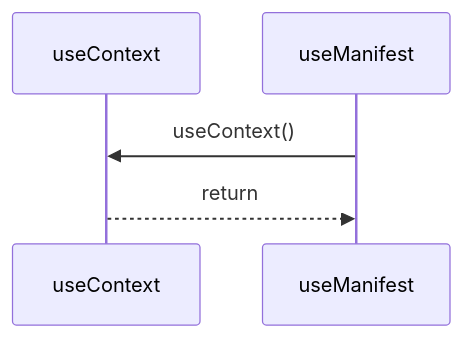
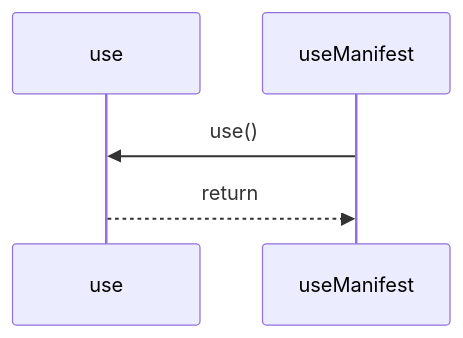
The diagram in paradox/diagrams/sequences/use-manifest.mmd (ankhorage/runtime), drawn with Mermaid before and after one commit. The commit also changed 41 other files, not shown here.

```diff
--- a/paradox/diagrams/sequences/use-manifest.mmd
+++ b/paradox/diagrams/sequences/use-manifest.mmd
@@ -1,5 +1,5 @@
 sequenceDiagram
-  participant participant_useContext as useContext
+  participant participant_use as use
   participant participant_useManifest as useManifest
-  participant_useManifest->>participant_useContext: useContext()
-  participant_useContext-->>participant_useManifest: return
+  participant_useManifest->>participant_use: use()
+  participant_use-->>participant_useManifest: return
```
